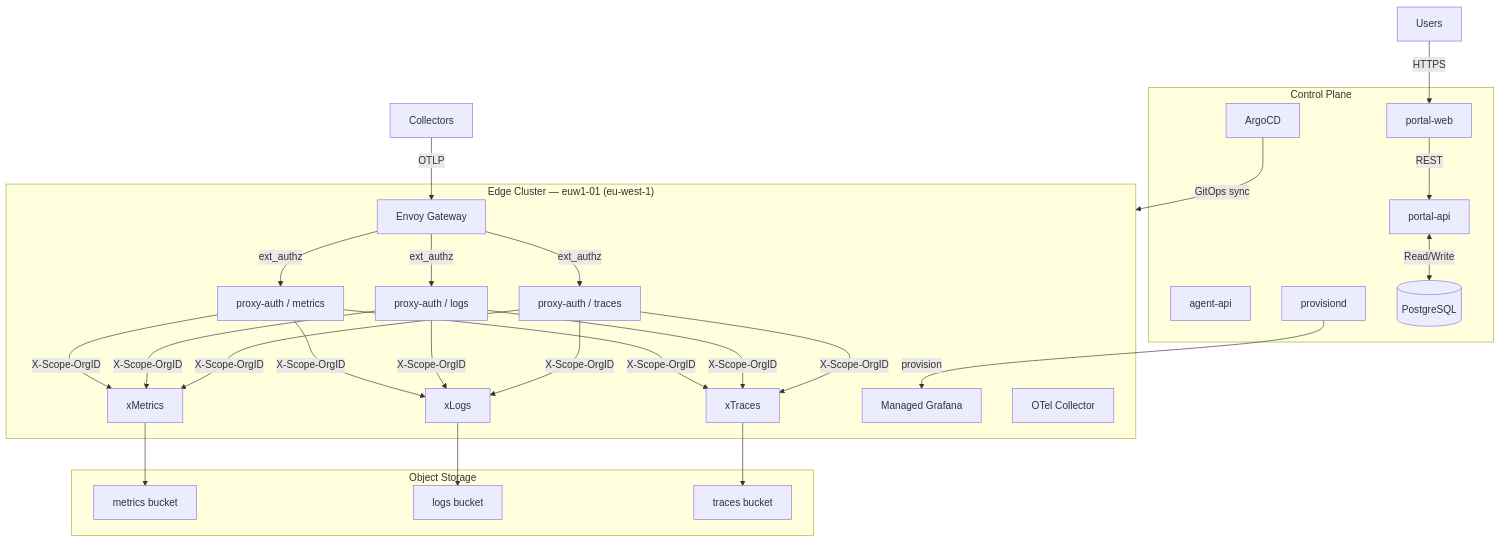
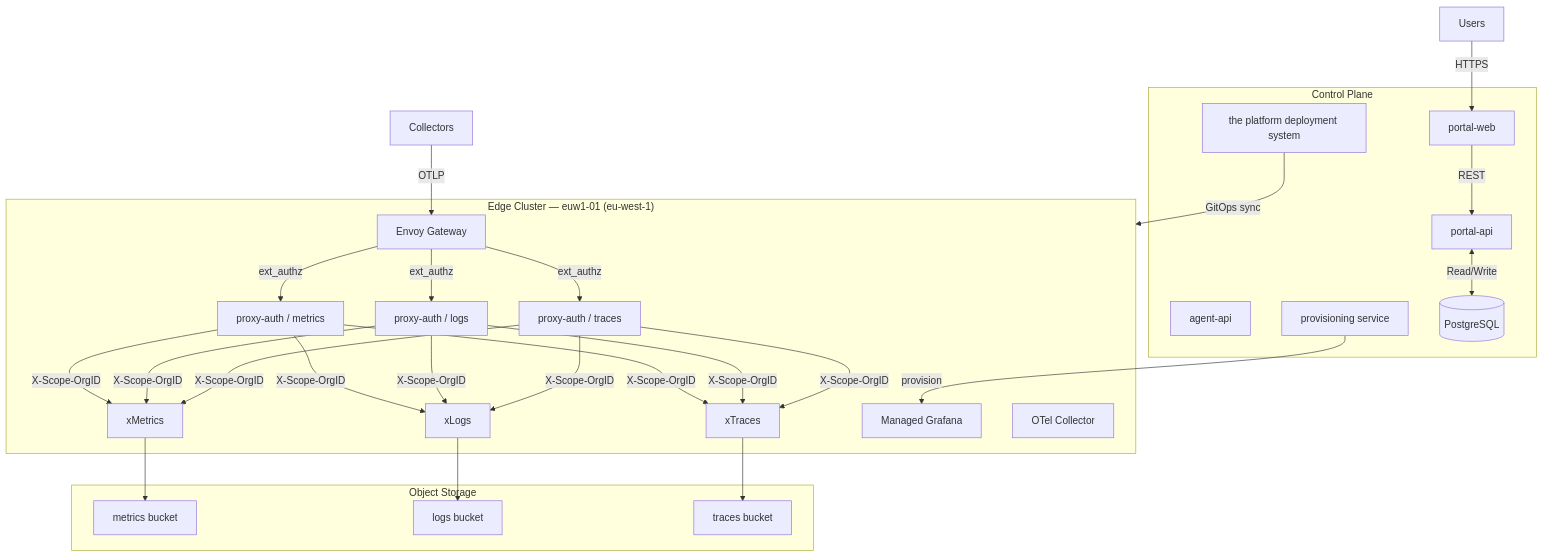
One commit to xscaler/training changed the diagram in docs/session-1/platform-introduction.md. Above: the diagram before and after it, drawn with Mermaid. The commit also changed other lines of this file and 38 other files, not shown here.

First line of the commit message:
Remove internal content, fix Mermaid diagrams, and rewrite labs as customer-facing exercises

````diff
--- a/docs/session-1/platform-introduction.md
+++ b/docs/session-1/platform-introduction.md
@@ -30,42 +30,42 @@
     ```mermaid
     graph TB
         subgraph CP["Control Plane"]
             PA[portal-api]
             PW[portal-web]
             AA[agent-api]
-            PR[provisiond]
+            PR[provisioning service]
             PG[(PostgreSQL)]
-            AC[ArgoCD]
+            AC[the platform deployment system]
         end
 
         subgraph EDGE["Edge Cluster — euw1-01 (eu-west-1)"]
             EN[Envoy Gateway]
             PXM[proxy-auth / metrics]
             PXL[proxy-auth / logs]
             PXT[proxy-auth / traces]
             MI[xMetrics]
             LO[xLogs]
             TE[xTraces]
             GR[Managed Grafana]
             OC[OTel Collector]
         end
 
         subgraph S3["Object Storage"]
             S3M[metrics bucket]
             S3L[logs bucket]
             S3T[traces bucket]
         end
 
         Users -->|HTTPS| PW
         PW -->|REST| PA
         PA <-->|Read/Write| PG
         AC -->|GitOps sync| EDGE
 
         Collectors -->|OTLP| EN
         EN -->|ext_authz| PXM & PXL & PXT
         PXM & PXL & PXT -->|X-Scope-OrgID| MI & LO & TE
         MI --> S3M
         LO --> S3L
         TE --> S3T
         PR -->|provision| GR
     ```
````
